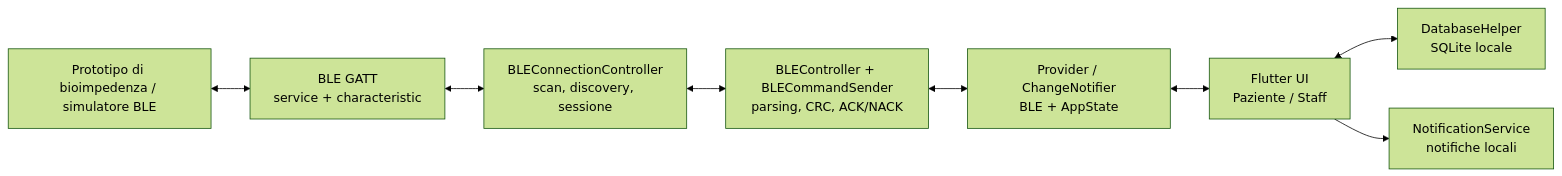
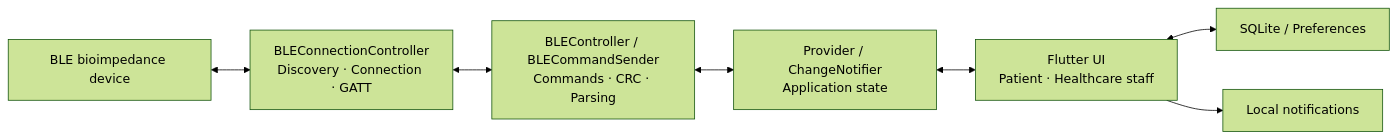
The first of 2 diagrams in README.md (deewmike/InsulinGuard), drawn with Mermaid (forest theme) before and after one commit. The commit also changed other lines of this file and 7 other files, not shown here.

````diff
--- a/README.md
+++ b/README.md
@@ -89,18 +72,17 @@
 ```mermaid
 flowchart LR
-    P["Prototipo di bioimpedenza / simulatore BLE"]
-    G["BLE GATT\nservice + characteristic"]
-    C["BLEConnectionController\nscan, discovery, sessione"]
-    H["BLEController + BLECommandSender\nparsing, CRC, ACK/NACK"]
-    S["Provider / ChangeNotifier\nBLE + AppState"]
-    U["Flutter UI\nPaziente / Staff"]
-    D["DatabaseHelper\nSQLite locale"]
-    N["NotificationService\nnotifiche locali"]
-    P <--> G
-    G <--> C
-    C <--> H
-    H <--> S
-    S <--> U
-    U <--> D
-    U --> N
+    Device["BLE bioimpedance device"]
+    Connection["BLEConnectionController<br/>Discovery · Connection · GATT"]
+    Protocol["BLEController / BLECommandSender<br/>Commands · CRC · Parsing"]
+    State["Provider / ChangeNotifier<br/>Application state"]
+    UI["Flutter UI<br/>Patient · Healthcare staff"]
+    Data["SQLite / Preferences"]
+    Notifications["Local notifications"]
+
+    Device <--> Connection
+    Connection <--> Protocol
+    Protocol <--> State
+    State <--> UI
+    UI <--> Data
+    UI --> Notifications
 ```
````
